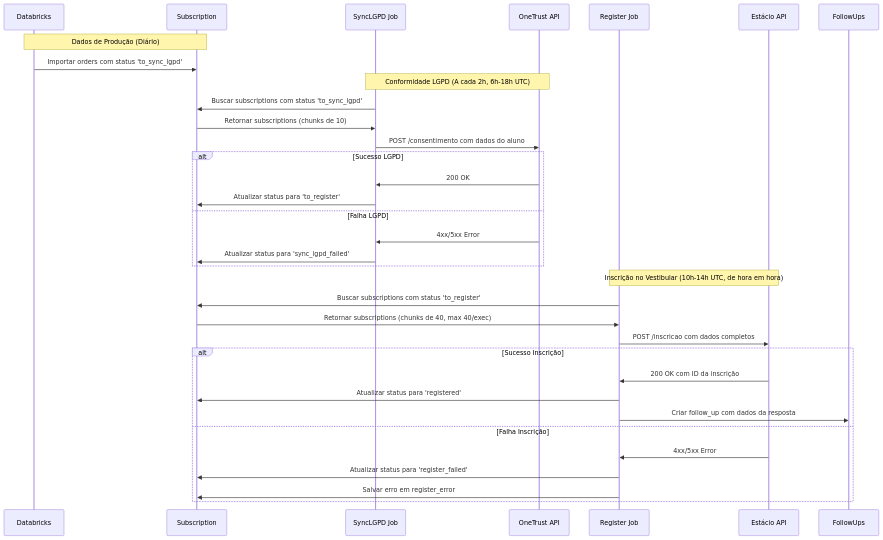
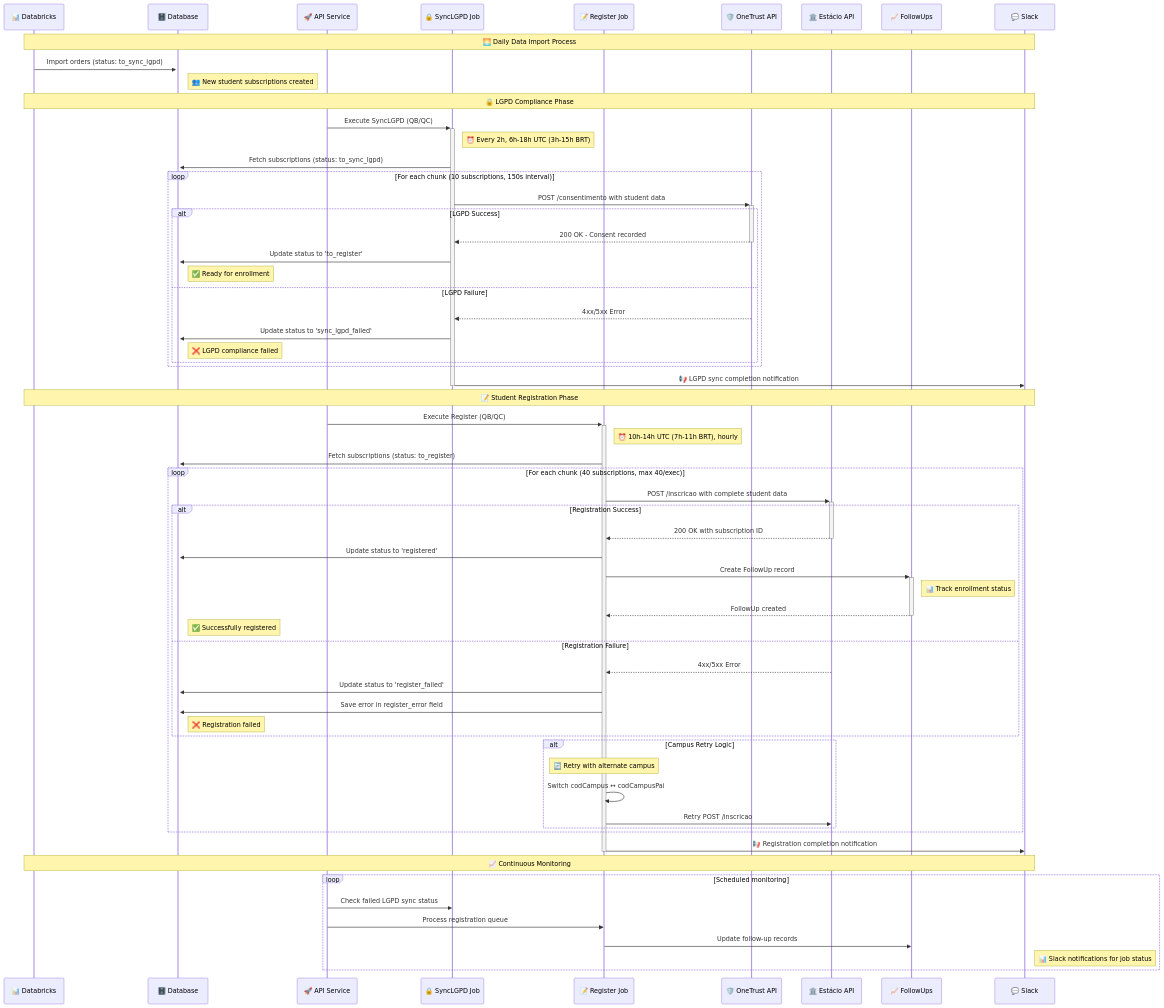
One commit to enogrob/project-qeevo-api-integrations-docs changed the second of 3 diagrams in contents/estacio-lead-integration.md. Above: the diagram before and after it, drawn with Mermaid. The commit also changed other lines of this file, not shown here.

````diff
--- a/contents/estacio-lead-integration.md
+++ b/contents/estacio-lead-integration.md
@@ -78,39 +146,72 @@
 ```mermaid
 sequenceDiagram
-    participant DB as Databricks
-    participant Sub as Subscription
-    participant LGPD as SyncLGPD Job
-    participant OT as OneTrust API
-    participant Reg as Register Job
-    participant Est as Estácio API
-    participant FU as FollowUps
+    participant D as 📊 Databricks
+    participant DB as 🗄️ Database
+    participant API as 🚀 API Service
+    participant LGPD as 🔒 SyncLGPD Job
+    participant REG as 📝 Register Job
+    participant OT as 🛡️ OneTrust API
+    participant EA as 🏛️ Estácio API
+    participant FU as 📈 FollowUps
+    participant S as 💬 Slack
 
-    Note over DB,Sub: Dados de Produção (Diário)
-    DB->>Sub: Importar orders com status 'to_sync_lgpd'
+    Note over D,S: 🌅 Daily Data Import Process
+    D->>+DB: Import orders (status: to_sync_lgpd)
+    Note right of DB: 👥 New student subscriptions created
     
-    Note over LGPD,OT: Conformidade LGPD (A cada 2h, 6h-18h UTC)
-    LGPD->>Sub: Buscar subscriptions com status 'to_sync_lgpd'
-    Sub->>LGPD: Retornar subscriptions (chunks de 10)
-    LGPD->>OT: POST /consentimento com dados do aluno
-    alt Sucesso LGPD
-        OT->>LGPD: 200 OK
-        LGPD->>Sub: Atualizar status para 'to_register'
-    else Falha LGPD
-        OT->>LGPD: 4xx/5xx Error
-        LGPD->>Sub: Atualizar status para 'sync_lgpd_failed'
+    Note over D,S: 🔒 LGPD Compliance Phase
+    API->>+LGPD: Execute SyncLGPD (QB/QC)
+    Note right of LGPD: ⏰ Every 2h, 6h-18h UTC (3h-15h BRT)
+    LGPD->>DB: Fetch subscriptions (status: to_sync_lgpd)
+    
+    loop For each chunk (10 subscriptions, 150s interval)
+        LGPD->>+OT: POST /consentimento with student data
+        alt LGPD Success
+            OT-->>-LGPD: 200 OK - Consent recorded
+            LGPD->>DB: Update status to 'to_register'
+            Note right of DB: ✅ Ready for enrollment
+        else LGPD Failure
+            OT-->>LGPD: 4xx/5xx Error
+            LGPD->>DB: Update status to 'sync_lgpd_failed'
+            Note right of DB: ❌ LGPD compliance failed
+        end
     end
+    LGPD->>-S: 📢 LGPD sync completion notification
     
-    Note over Reg,Est: Inscrição no Vestibular (10h-14h UTC, de hora em hora)
-    Reg->>Sub: Buscar subscriptions com status 'to_register'
-    Sub->>Reg: Retornar subscriptions (chunks de 40, max 40/exec)
-    Reg->>Est: POST /inscricao com dados completos
-    alt Sucesso Inscrição
-        Est->>Reg: 200 OK com ID da inscrição
-        Reg->>Sub: Atualizar status para 'registered'
-        Reg->>FU: Criar follow_up com dados da resposta
-    else Falha Inscrição
-        Est->>Reg: 4xx/5xx Error
-        Reg->>Sub: Atualizar status para 'register_failed'
-        Reg->>Sub: Salvar erro em register_error
+    Note over D,S: 📝 Student Registration Phase
+    API->>+REG: Execute Register (QB/QC)
+    Note right of REG: ⏰ 10h-14h UTC (7h-11h BRT), hourly
+    REG->>DB: Fetch subscriptions (status: to_register)
+    
+    loop For each chunk (40 subscriptions, max 40/exec)
+        REG->>+EA: POST /inscricao with complete student data
+        alt Registration Success
+            EA-->>-REG: 200 OK with subscription ID
+            REG->>DB: Update status to 'registered'
+            REG->>+FU: Create FollowUp record
+            Note right of FU: 📊 Track enrollment status
+            FU-->>-REG: FollowUp created
+            Note right of DB: ✅ Successfully registered
+        else Registration Failure  
+            EA-->>REG: 4xx/5xx Error
+            REG->>DB: Update status to 'register_failed'
+            REG->>DB: Save error in register_error field
+            Note right of DB: ❌ Registration failed
+        end
+        
+        alt Campus Retry Logic
+            Note over REG: 🔄 Retry with alternate campus
+            REG->>REG: Switch codCampus ↔ codCampusPai
+            REG->>EA: Retry POST /inscricao
+        end
+    end
+    REG->>-S: 📢 Registration completion notification
+    
+    Note over D,S: 📈 Continuous Monitoring
+    loop Scheduled monitoring
+        API->>LGPD: Check failed LGPD sync status
+        API->>REG: Process registration queue
+        REG->>FU: Update follow-up records
+        Note right of S: 📊 Slack notifications for job status
     end
 ```
````
